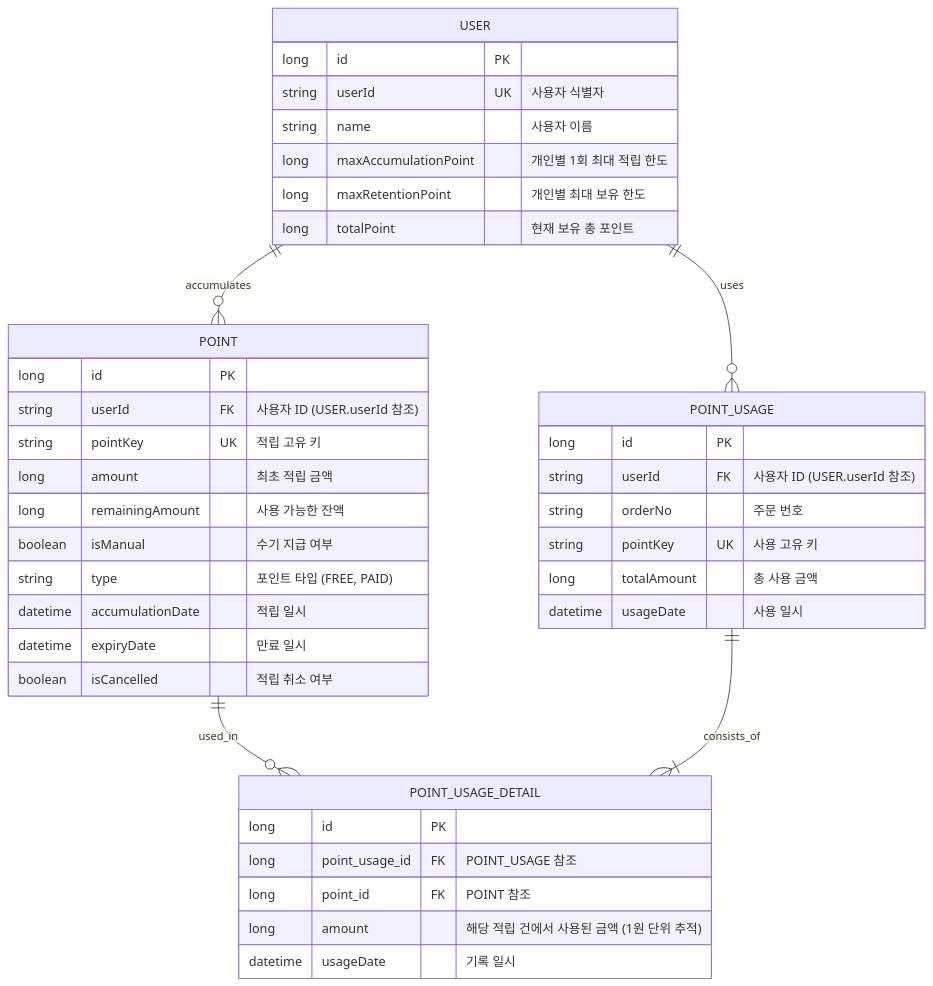
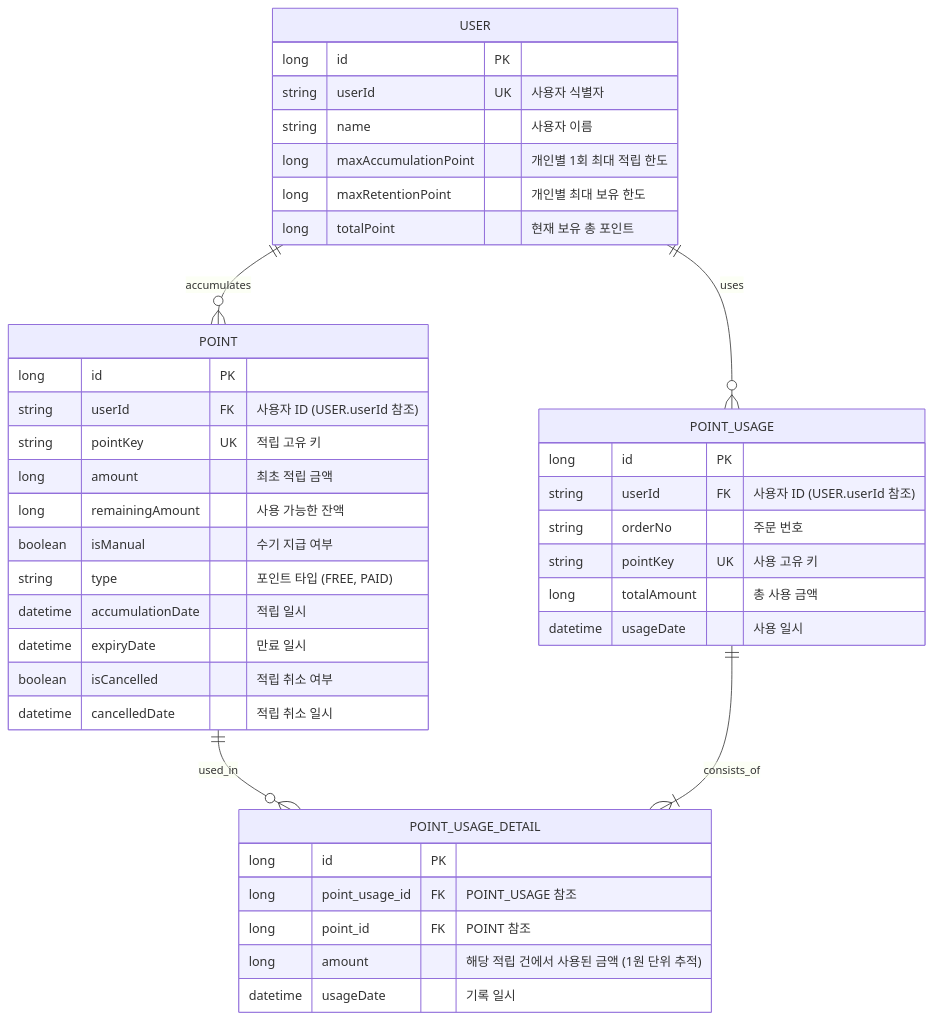
Before and after one commit to muzzaiwork/point: the diagram in docs/erd.md, drawn with Mermaid. The commit also changed 2 other files, not shown here.

Commit message:
Point 엔티티에 취소 일시(cancelledDate) 컬럼 추가 및 관련 로직 보완

````diff
--- a/docs/erd.md
+++ b/docs/erd.md
@@ -5,46 +5,47 @@
 ```mermaid
 erDiagram
     USER ||--o{ POINT : "accumulates"
     USER ||--o{ POINT_USAGE : "uses"
     POINT ||--o{ POINT_USAGE_DETAIL : "used_in"
     POINT_USAGE ||--|{ POINT_USAGE_DETAIL : "consists_of"
 
     USER {
         long id PK
         string userId UK "사용자 식별자"
         string name "사용자 이름"
         long maxAccumulationPoint "개인별 1회 최대 적립 한도"
         long maxRetentionPoint "개인별 최대 보유 한도"
         long totalPoint "현재 보유 총 포인트"
     }
 
     POINT {
         long id PK
         string userId FK "사용자 ID (USER.userId 참조)"
         string pointKey UK "적립 고유 키"
         long amount "최초 적립 금액"
         long remainingAmount "사용 가능한 잔액"
         boolean isManual "수기 지급 여부"
         string type "포인트 타입 (FREE, PAID)"
         datetime accumulationDate "적립 일시"
         datetime expiryDate "만료 일시"
         boolean isCancelled "적립 취소 여부"
+        datetime cancelledDate "적립 취소 일시"
     }
 
     POINT_USAGE {
         long id PK
         string userId FK "사용자 ID (USER.userId 참조)"
         string orderNo "주문 번호"
         string pointKey UK "사용 고유 키"
         long totalAmount "총 사용 금액"
         datetime usageDate "사용 일시"
     }
 
     POINT_USAGE_DETAIL {
         long id PK
         long point_usage_id FK "POINT_USAGE 참조"
         long point_id FK "POINT 참조"
         long amount "해당 적립 건에서 사용된 금액 (1원 단위 추적)"
         datetime usageDate "기록 일시"
     }
 ```
````
